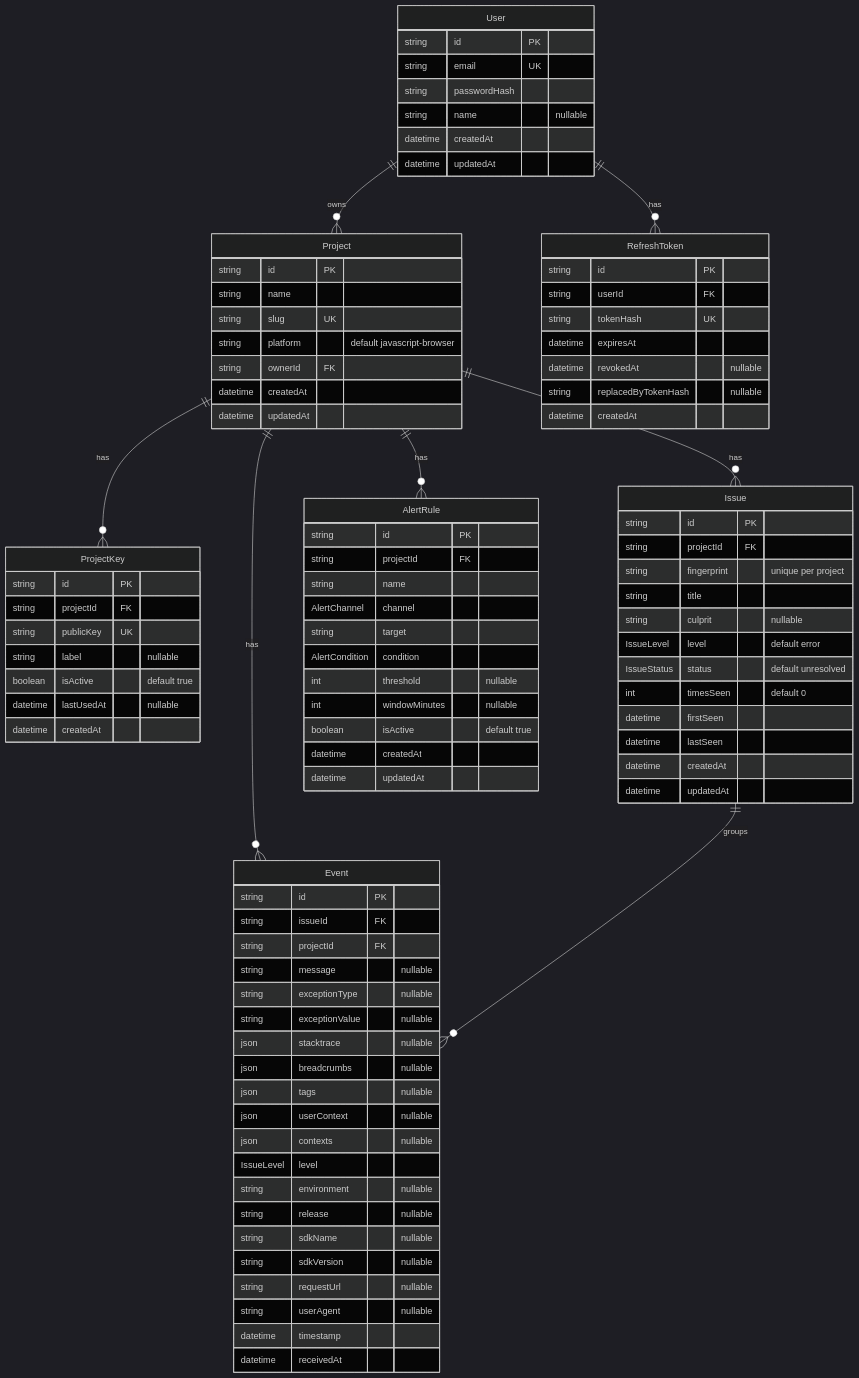
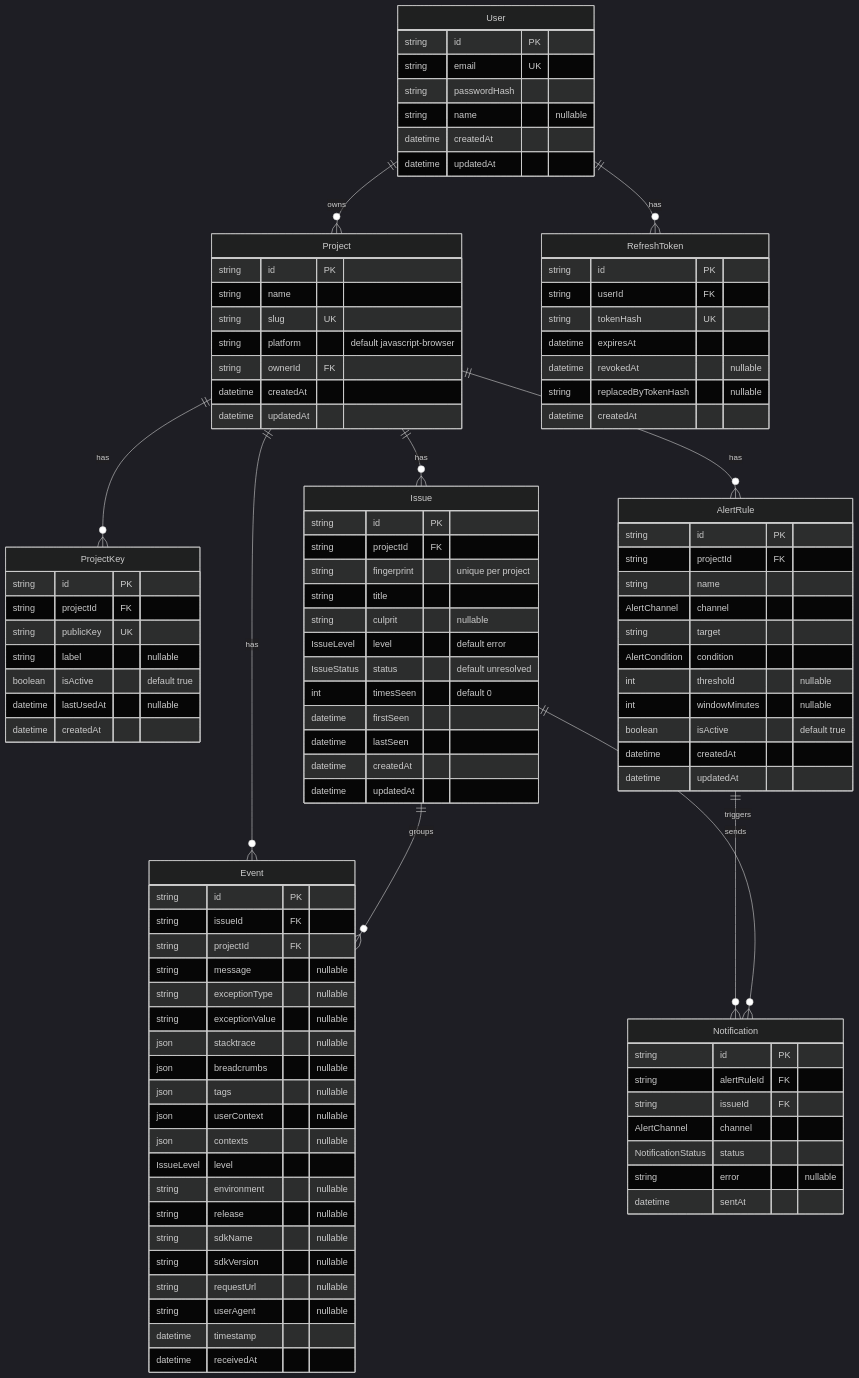
The diagram in knowledge/database/erd.md (SSSunmin/errorTracking2), drawn with Mermaid (dark theme) before and after one commit. The commit also changed 17 other files, not shown here.

````diff
--- a/knowledge/database/erd.md
+++ b/knowledge/database/erd.md
@@ -20,6 +20,8 @@
     Project ||--o{ Event : has
     Project ||--o{ AlertRule : has
     Issue ||--o{ Event : groups
+    AlertRule ||--o{ Notification : sends
+    Issue ||--o{ Notification : triggers
 
     User {
         string id PK
@@ -105,4 +107,13 @@
         string replacedByTokenHash "nullable"
         datetime createdAt
     }
+    Notification {
+        string id PK
+        string alertRuleId FK
+        string issueId FK
+        AlertChannel channel
+        NotificationStatus status
+        string error "nullable"
+        datetime sentAt
+    }
 ```
````
